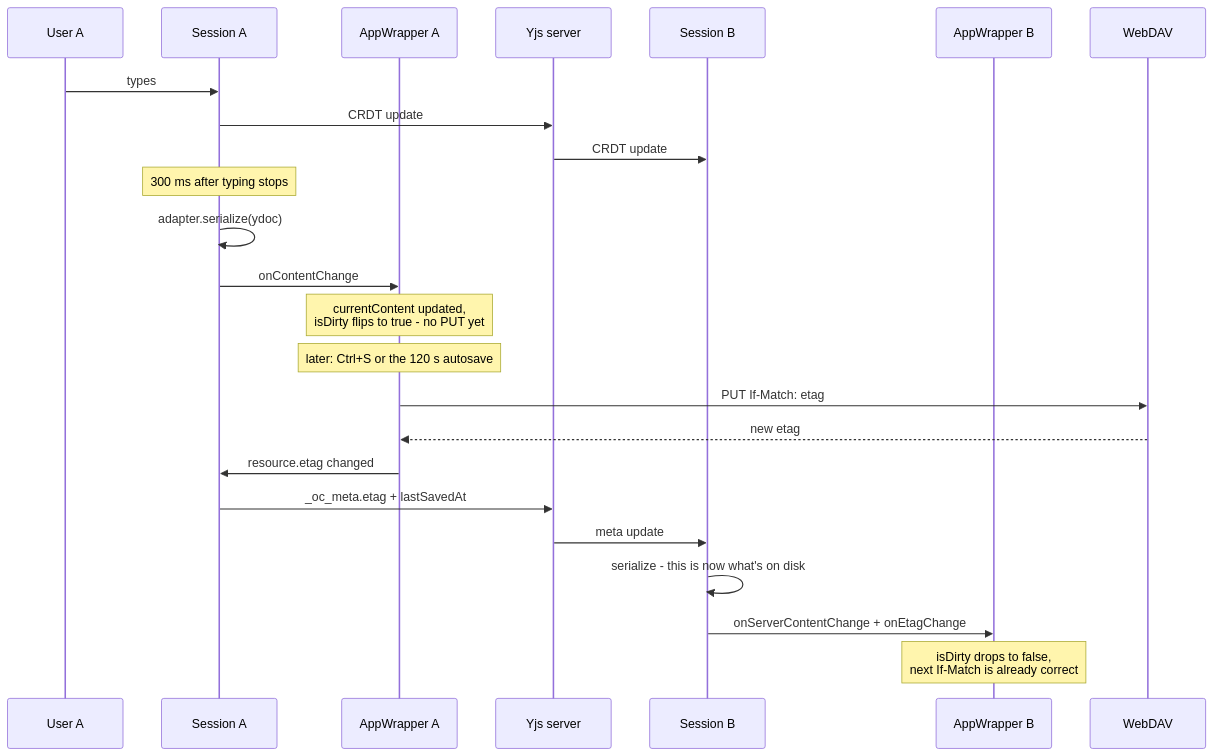
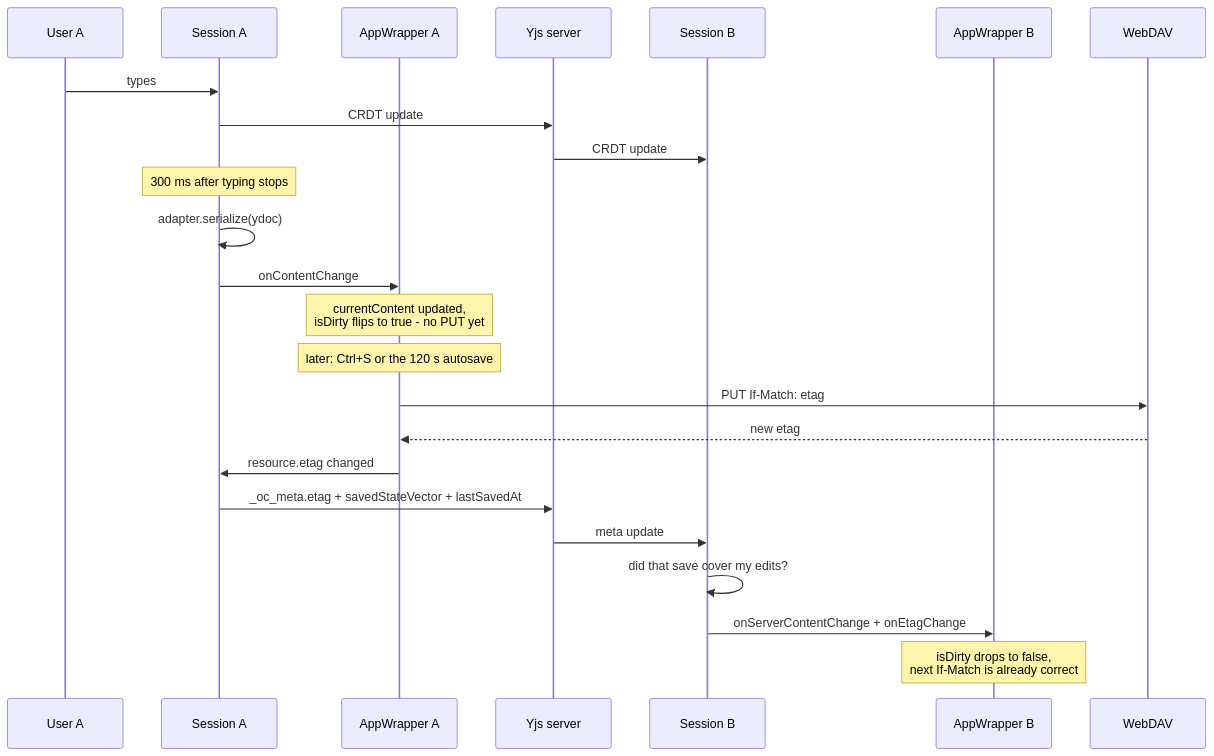
One commit to opencloud-eu/web changed the sixth of 6 diagrams in dev/docs/collaboration.md. Above: the diagram before and after it, drawn with Mermaid. The commit also changed other lines of this file and 4 other files, not shown here.

````diff
--- a/dev/docs/collaboration.md
+++ b/dev/docs/collaboration.md
@@ -293,27 +294,27 @@
 ```mermaid
 sequenceDiagram
     participant U as User A
     participant SA as Session A
     participant AWA as AppWrapper A
     participant HP as Yjs server
     participant SB as Session B
     participant AWB as AppWrapper B
     participant DAV as WebDAV
 
     U->>SA: types
     SA->>HP: CRDT update
     HP->>SB: CRDT update
     Note over SA: 300 ms after typing stops
     SA->>SA: adapter.serialize(ydoc)
     SA->>AWA: onContentChange
     Note over AWA: currentContent updated,<br/>isDirty flips to true - no PUT yet
     Note over AWA: later: Ctrl+S or the 120 s autosave
     AWA->>DAV: PUT If-Match: etag
     DAV-->>AWA: new etag
     AWA->>SA: resource.etag changed
-    SA->>HP: _oc_meta.etag + lastSavedAt
+    SA->>HP: _oc_meta.etag + savedStateVector + lastSavedAt
     HP->>SB: meta update
-    SB->>SB: serialize - this is now what's on disk
+    SB->>SB: did that save cover my edits?
     SB->>AWB: onServerContentChange + onEtagChange
     Note over AWB: isDirty drops to false,<br/>next If-Match is already correct
 ```
````
